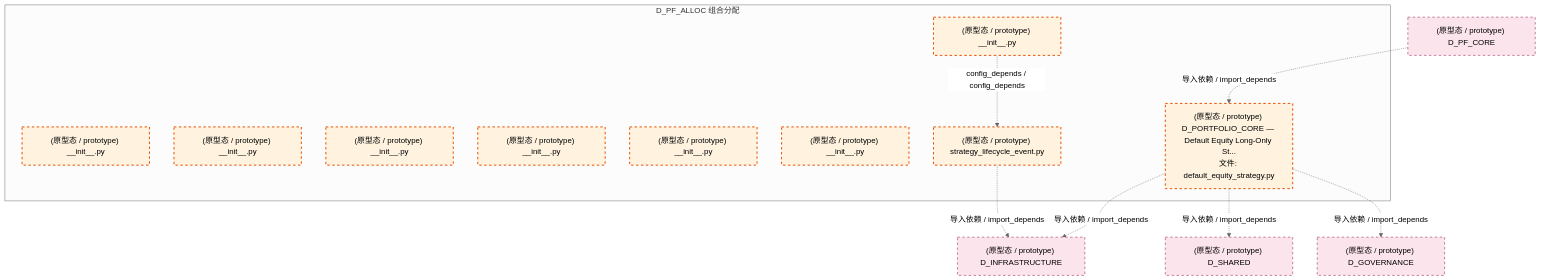
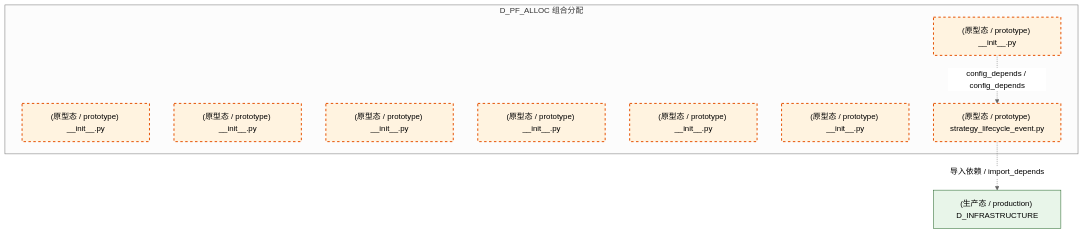
Before and after one commit to xuanFelixVan/ZephyrAlpha: the fourth of 5 diagrams in docs/02_enterprise_architecture/02_domain_architecture_docs/51_d_pf_alloc.md, drawn with Mermaid (neutral theme). The commit also changed other lines of this file and 126 other files, not shown here.

````diff
--- a/docs/02_enterprise_architecture/02_domain_architecture_docs/51_d_pf_alloc.md
+++ b/docs/02_enterprise_architecture/02_domain_architecture_docs/51_d_pf_alloc.md
@@ -131,30 +152,22 @@
 ```mermaid
 graph TD
     subgraph D_PF_ALLOC["D_PF_ALLOC 组合分配"]
         src_zephyr_pf_alloc_init_py["(原型态 / prototype) __init__.py"]
         src_zephyr_pf_alloc_extensions_init_py["(原型态 / prototype) __init__.py"]
         src_zephyr_pf_alloc_api_init_py["(原型态 / prototype) __init__.py"]
         src_zephyr_pf_alloc_core_init_py["(原型态 / prototype) __init__.py"]
         src_zephyr_pf_alloc_infrastructure_init_py["(原型态 / prototype) __init__.py"]
         src_zephyr_pf_alloc_models_init_py["(原型态 / prototype) __init__.py"]
         src_zephyr_pf_alloc_services_init_py["(原型态 / prototype) __init__.py"]
         src_zephyr_pf_alloc_strategy_lifecycle_event_py["(原型态 / prototype) strategy_lifecycle_event.py"]
-        src_zephyr_pf_core_default_equity_strategy_py["(原型态 / prototype) D_PORTFOLIO_CORE — Default Equity Long-Only St...<br/>文件: default_equity_strategy.py"]
     end
     src_zephyr_pf_alloc_init_py -.->|config_depends / config_depends| src_zephyr_pf_alloc_strategy_lifecycle_event_py
-    D_INFRASTRUCTURE["(原型态 / prototype) D_INFRASTRUCTURE"]
+    D_INFRASTRUCTURE["(生产态 / production) D_INFRASTRUCTURE"]
     src_zephyr_pf_alloc_strategy_lifecycle_event_py -.->|导入依赖 / import_depends| D_INFRASTRUCTURE
-    D_SHARED["(原型态 / prototype) D_SHARED"]
-    src_zephyr_pf_core_default_equity_strategy_py -.->|导入依赖 / import_depends| D_SHARED
-    src_zephyr_pf_core_default_equity_strategy_py -.->|导入依赖 / import_depends| D_INFRASTRUCTURE
-    D_GOVERNANCE["(原型态 / prototype) D_GOVERNANCE"]
-    src_zephyr_pf_core_default_equity_strategy_py -.->|导入依赖 / import_depends| D_GOVERNANCE
-    D_PF_CORE["(原型态 / prototype) D_PF_CORE"]
-    D_PF_CORE -.->|导入依赖 / import_depends| src_zephyr_pf_core_default_equity_strategy_py
     classDef production fill:#e1f5fe,stroke:#01579b,stroke-width:2px,color:#000
     classDef design fill:#fff3e0,stroke:#e65100,stroke-width:2px,color:#000,stroke-dasharray: 5 5
     classDef external_prod fill:#e8f5e9,stroke:#1b5e20,stroke-width:1px,color:#000
     classDef external_design fill:#fce4ec,stroke:#880e4f,stroke-width:1px,color:#000,stroke-dasharray: 5 5
-    class src_zephyr_pf_alloc_init_py,src_zephyr_pf_alloc_extensions_init_py,src_zephyr_pf_alloc_api_init_py,src_zephyr_pf_alloc_core_init_py,src_zephyr_pf_alloc_infrastructure_init_py,src_zephyr_pf_alloc_models_init_py,src_zephyr_pf_alloc_services_init_py,src_zephyr_pf_alloc_strategy_lifecycle_event_py,src_zephyr_pf_core_default_equity_strategy_py design
-    class D_INFRASTRUCTURE,D_SHARED,D_GOVERNANCE,D_PF_CORE external_design
+    class src_zephyr_pf_alloc_init_py,src_zephyr_pf_alloc_extensions_init_py,src_zephyr_pf_alloc_api_init_py,src_zephyr_pf_alloc_core_init_py,src_zephyr_pf_alloc_infrastructure_init_py,src_zephyr_pf_alloc_models_init_py,src_zephyr_pf_alloc_services_init_py,src_zephyr_pf_alloc_strategy_lifecycle_event_py design
+    class D_INFRASTRUCTURE external_prod
 ```
````
